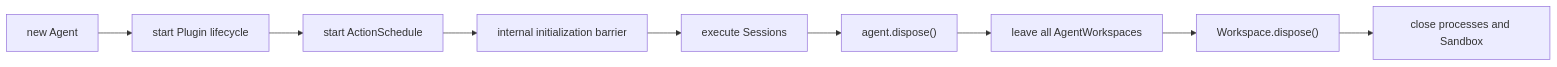
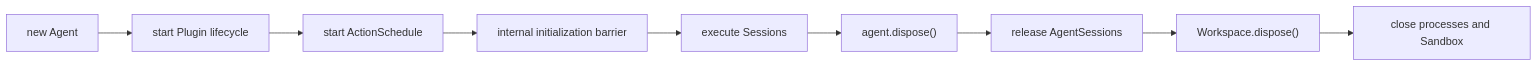
One commit to genesiscosmos/downcity changed the second of 2 diagrams in homepage/content/docs/en/agent/runtime-architecture.mdx. Above: the diagram before and after it, drawn with Mermaid. The commit also changed other lines of this file and 94 other files, not shown here.

````diff
--- a/homepage/content/docs/en/agent/runtime-architecture.mdx
+++ b/homepage/content/docs/en/agent/runtime-architecture.mdx
@@ -184,11 +184,11 @@
 ```mermaid
 flowchart LR
     Construct["new Agent"] --> Plugins["start Plugin lifecycle"]
     Plugins --> Schedule["start ActionSchedule"]
     Schedule --> Barrier["internal initialization barrier"]
     Barrier --> Running["execute Sessions"]
     Running --> Dispose["agent.dispose()"]
-    Dispose --> Leave["leave all AgentWorkspaces"]
-    Leave --> Workspace["Workspace.dispose()"]
+    Dispose --> Sessions["release AgentSessions"]
+    Sessions --> Workspace["Workspace.dispose()"]
     Workspace --> Shell["close processes and Sandbox"]
 ```
````
